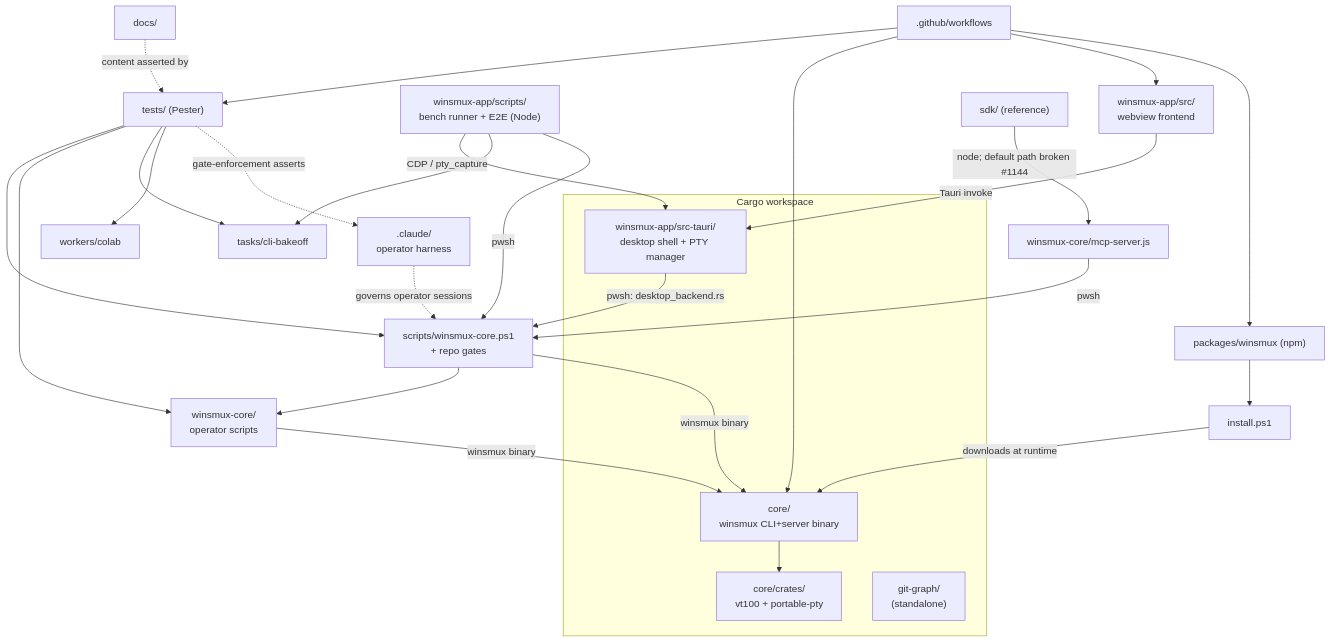
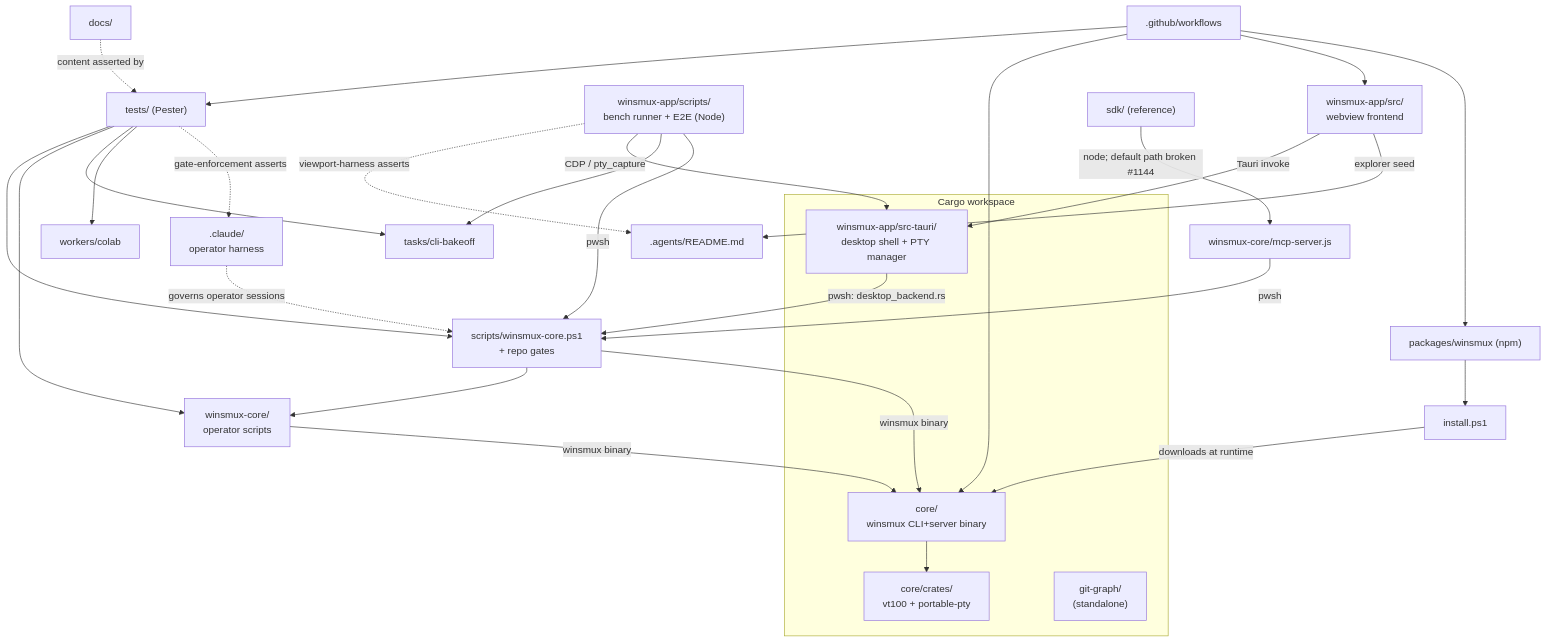
The diagram in docs/project/component-map.md (Sora-bluesky/winsmux), drawn with Mermaid before and after one commit. The commit also changed other lines of this file, not shown here.

Commit message:
docs(project): .agents is not an orphan (desktop explorer seed + viewport-harness E2E)

````diff
--- a/docs/project/component-map.md
+++ b/docs/project/component-map.md
@@ -36,48 +36,51 @@
 ```mermaid
 graph TD
     subgraph rust["Cargo workspace"]
       core["core/<br/>winsmux CLI+server binary"]
       crates["core/crates/<br/>vt100 + portable-pty"]
       gitgraph["git-graph/<br/>(standalone)"]
       tauri["winsmux-app/src-tauri/<br/>desktop shell + PTY manager"]
     end
     frontend["winsmux-app/src/<br/>webview frontend"]
     runner["winsmux-app/scripts/<br/>bench runner + E2E (Node)"]
     wcore["winsmux-core/<br/>operator scripts"]
     mcpserver["winsmux-core/mcp-server.js"]
     claude[".claude/<br/>operator harness"]
     bridge["scripts/winsmux-core.ps1<br/>+ repo gates"]
     pester["tests/ (Pester)"]
     ci[".github/workflows"]
     pack["tasks/cli-bakeoff"]
     npmpkg["packages/winsmux (npm)"]
     installer["install.ps1"]
     docs["docs/"]
     sdk["sdk/ (reference)"]
     colab["workers/colab"]
+    agents[".agents/README.md"]
 
     core --> crates
     frontend -->|Tauri invoke| tauri
+    frontend -->|explorer seed| agents
+    runner -.->|viewport-harness asserts| agents
     runner -->|CDP / pty_capture| tauri
     runner --> pack
     runner -->|pwsh| bridge
     tauri -->|pwsh: desktop_backend.rs| bridge
     bridge -->|winsmux binary| core
     bridge --> wcore
     wcore -->|winsmux binary| core
     mcpserver -->|pwsh| bridge
     sdk -->|node; default path broken #1144| mcpserver
     pester --> bridge
     pester --> wcore
     pester --> pack
     pester --> colab
     ci --> pester
     ci --> core
     ci --> frontend
     ci --> npmpkg
     npmpkg --> installer
     installer -->|downloads at runtime| core
     claude -.->|governs operator sessions| bridge
     pester -.->|gate-enforcement asserts| claude
     docs -.->|content asserted by| pester
 ```
````
